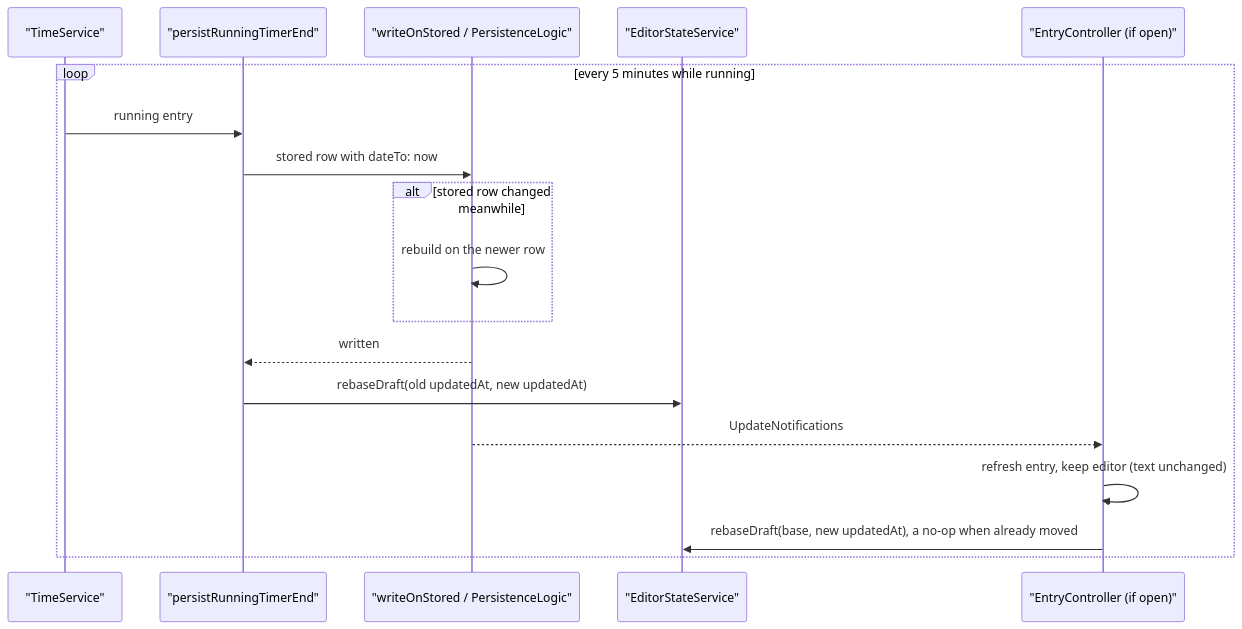
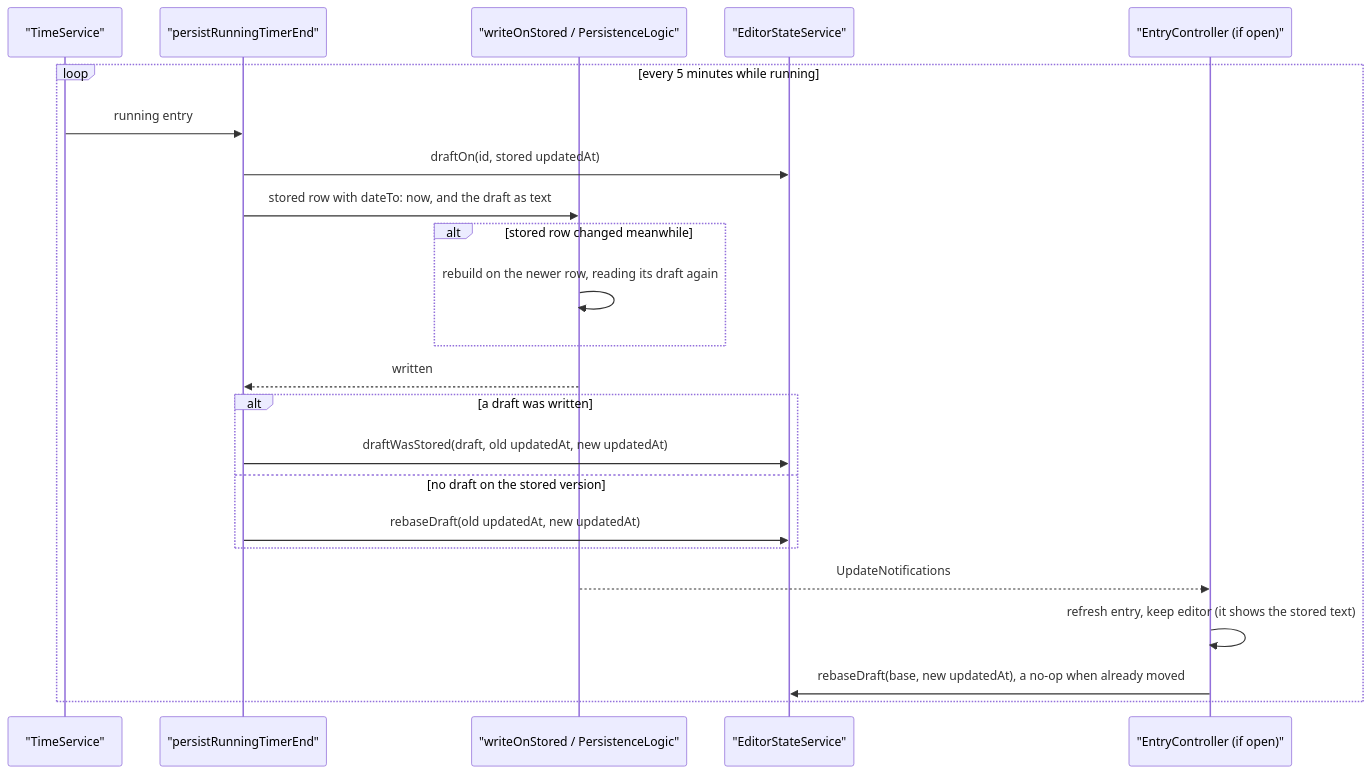
One commit to matthiasn/lotti changed the fourth of 6 diagrams in knowledge/features/journal/detail-and-saving.md. Above: the diagram before and after it, drawn with Mermaid. The commit also changed other lines of this file and 10 other files, not shown here.

````diff
--- a/knowledge/features/journal/detail-and-saving.md
+++ b/knowledge/features/journal/detail-and-saving.md
@@ -182,21 +190,26 @@
 ```mermaid
 sequenceDiagram
   participant TS as "TimeService"
   participant Persister as "persistRunningTimerEnd"
   participant Persist as "writeOnStored / PersistenceLogic"
   participant Draft as "EditorStateService"
   participant Ctl as "EntryController (if open)"
 
   loop every 5 minutes while running
     TS->>Persister: running entry
-    Persister->>Persist: stored row with dateTo: now
+    Persister->>Draft: draftOn(id, stored updatedAt)
+    Persister->>Persist: stored row with dateTo: now, and the draft as text
     alt stored row changed meanwhile
-      Persist->>Persist: rebuild on the newer row
+      Persist->>Persist: rebuild on the newer row, reading its draft again
     end
     Persist-->>Persister: written
-    Persister->>Draft: rebaseDraft(old updatedAt, new updatedAt)
+    alt a draft was written
+      Persister->>Draft: draftWasStored(draft, old updatedAt, new updatedAt)
+    else no draft on the stored version
+      Persister->>Draft: rebaseDraft(old updatedAt, new updatedAt)
+    end
     Persist-->>Ctl: UpdateNotifications
-    Ctl->>Ctl: refresh entry, keep editor (text unchanged)
+    Ctl->>Ctl: refresh entry, keep editor (it shows the stored text)
     Ctl->>Draft: rebaseDraft(base, new updatedAt), a no-op when already moved
   end
 ```
````
